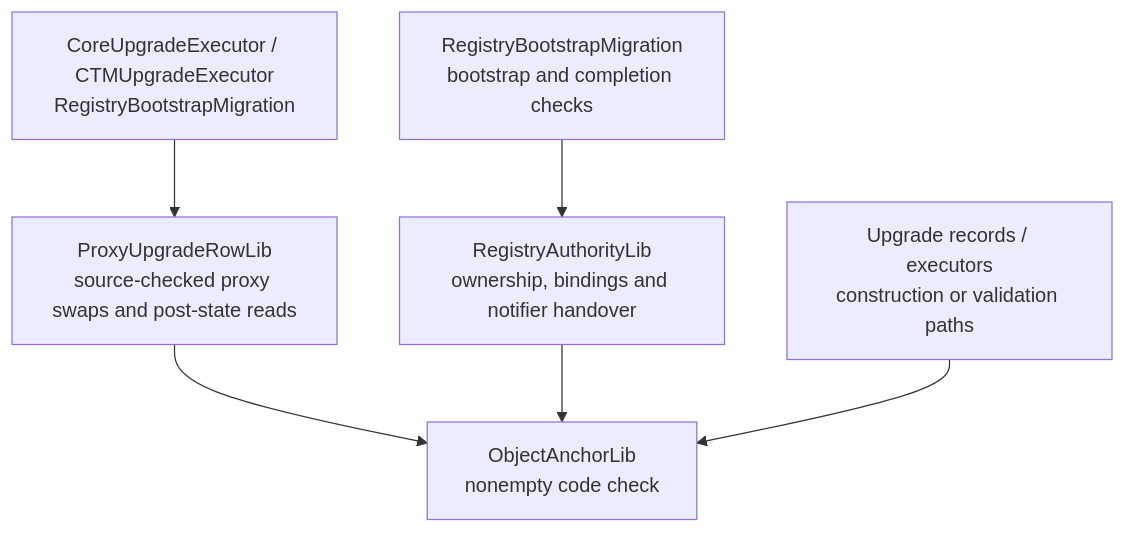
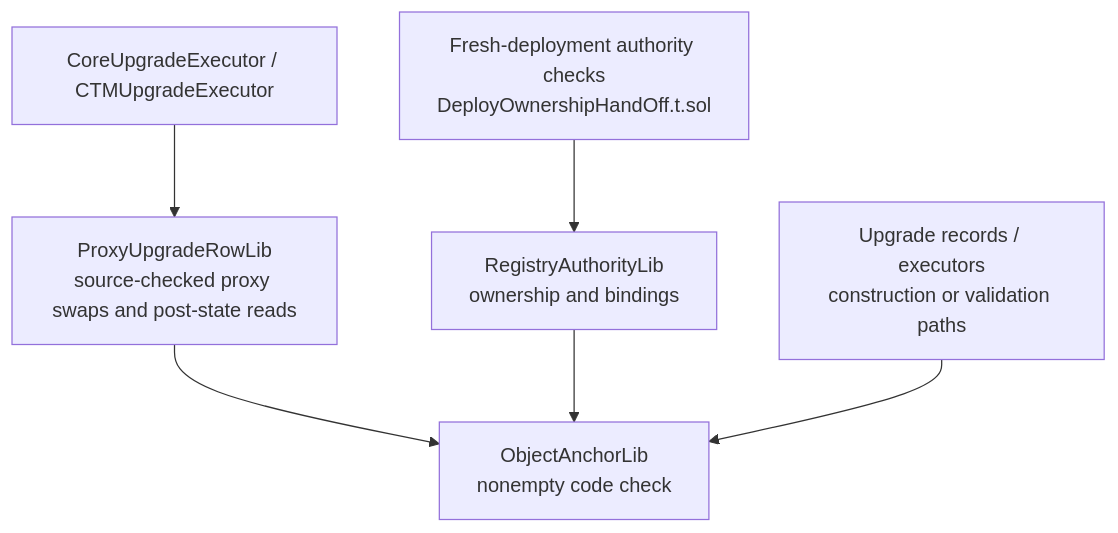
Before and after one commit to matter-labs/era-contracts: the fifth of 9 diagrams in docs/registry-driven-upgrades.md, drawn with Mermaid. The commit also changed other lines of this file and 15 other files, not shown here.

````diff
--- a/docs/registry-driven-upgrades.md
+++ b/docs/registry-driven-upgrades.md
@@ -269,15 +261,15 @@
 ```mermaid
 flowchart TB
-    APPLIERS["CoreUpgradeExecutor / CTMUpgradeExecutor<br/>RegistryBootstrapMigration"]
+    APPLIERS["CoreUpgradeExecutor / CTMUpgradeExecutor"]
     ROWS["ProxyUpgradeRowLib<br/>source-checked proxy swaps and post-state reads"]
-    BOOT["RegistryBootstrapMigration<br/>bootstrap and completion checks"]
-    AUTH["RegistryAuthorityLib<br/>ownership, bindings and notifier handover"]
+    SHAPE["Fresh-deployment authority checks<br/>DeployOwnershipHandOff.t.sol"]
+    AUTH["RegistryAuthorityLib<br/>ownership and bindings"]
     OBJECTS["Upgrade records / executors<br/>construction or validation paths"]
     CODE["ObjectAnchorLib<br/>nonempty code check"]
 
     APPLIERS --> ROWS
-    BOOT --> AUTH
+    SHAPE --> AUTH
     ROWS --> CODE
     AUTH --> CODE
     OBJECTS --> CODE
 ```
````
